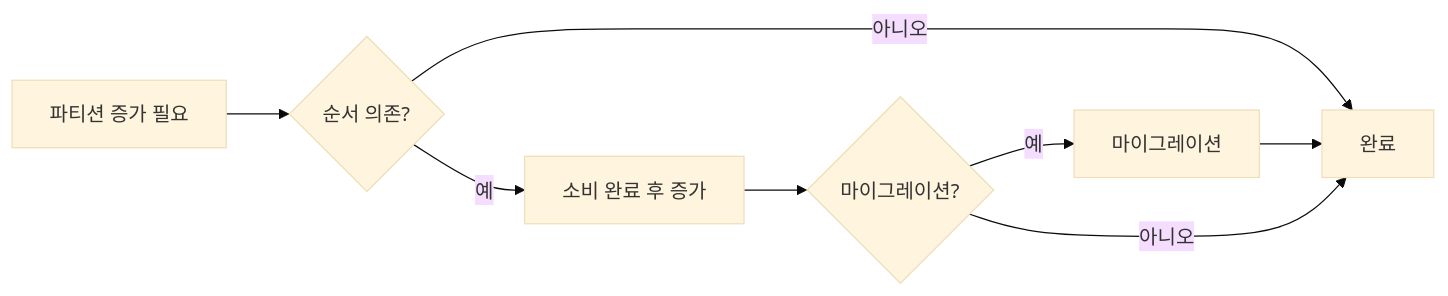
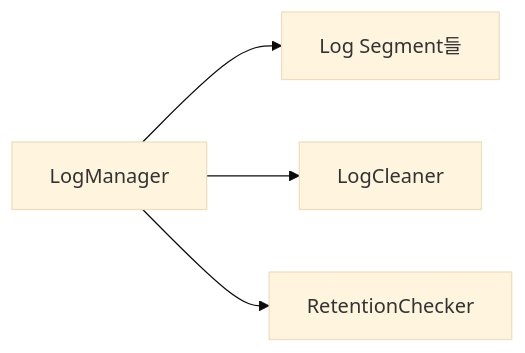
Before and after one commit to yjkim2015/yjkim2015.github.io: the fourth of 7 diagrams in _posts/kafka/2026-05-01-kafka-broker-deep.md, drawn with Mermaid (base theme). The commit also changed other lines of this file and 4 other files, not shown here.

````diff
--- a/_posts/kafka/2026-05-01-kafka-broker-deep.md
+++ b/_posts/kafka/2026-05-01-kafka-broker-deep.md
@@ -325,8 +207,6 @@
 ```mermaid
-flowchart LR
-    A["파티션 증가 필요"] --> B{"순서 의존?"}
-    B -->|예| C["소비 완료 후 증가"] --> E{"마이그레이션?"}
-    B -->|아니오| G["완료"]
-    E -->|예| F["마이그레이션"] --> G
-    E -->|아니오| G
+graph LR
+    LM["LogManager"] --> LS["Log Segment들"]
+    LM --> LC["LogCleaner"]
+    LM --> LR["RetentionChecker"]
 ```
````
